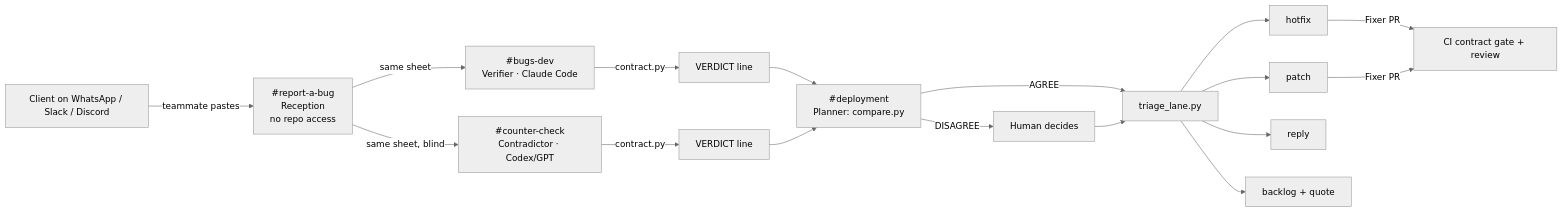
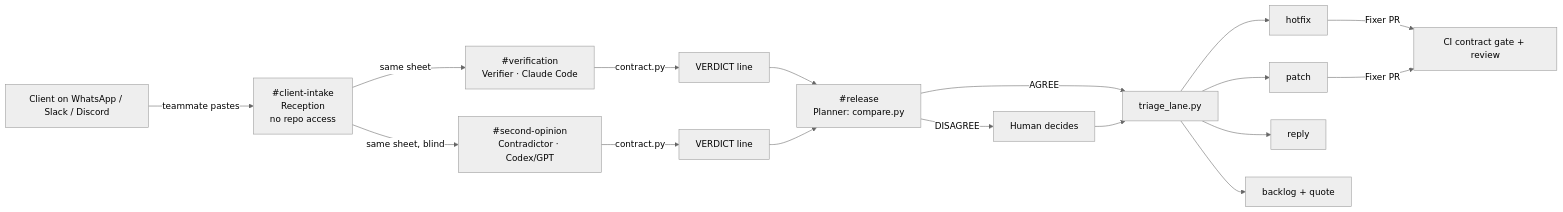
The diagram in README.md (ru-ji/scope-firewall), drawn with Mermaid (neutral theme) before and after one commit. The commit also changed other lines of this file and 6 other files, not shown here.

Commit message:
Rename rooms to client-intake, verification, second-opinion, release; Fixer commit rules

````diff
--- a/README.md
+++ b/README.md
@@ -14,14 +14,14 @@
 ```mermaid
 flowchart LR
-  C[Client on WhatsApp / Slack / Discord] -->|teammate pastes| R["#report-a-bug<br/>Reception<br/>no repo access"]
-  R -->|same sheet| V["#bugs-dev<br/>Verifier · Claude Code"]
-  R -->|same sheet, blind| X["#counter-check<br/>Contradictor · Codex/GPT"]
+  C[Client on WhatsApp / Slack / Discord] -->|teammate pastes| R["#client-intake<br/>Reception<br/>no repo access"]
+  R -->|same sheet| V["#verification<br/>Verifier · Claude Code"]
+  R -->|same sheet, blind| X["#second-opinion<br/>Contradictor · Codex/GPT"]
   V -->|contract.py| L1[VERDICT line]
   X -->|contract.py| L2[VERDICT line]
-  L1 & L2 --> P["#deployment<br/>Planner: compare.py"]
+  L1 & L2 --> P["#release<br/>Planner: compare.py"]
   P -->|DISAGREE| H[Human decides]
   P -->|AGREE| T[triage_lane.py]
   H --> T
   T --> HF[hotfix] & PA[patch] & RE[reply] & BL[backlog + quote]
   HF & PA -->|Fixer PR| CI[CI contract gate + review]
 ```
````
